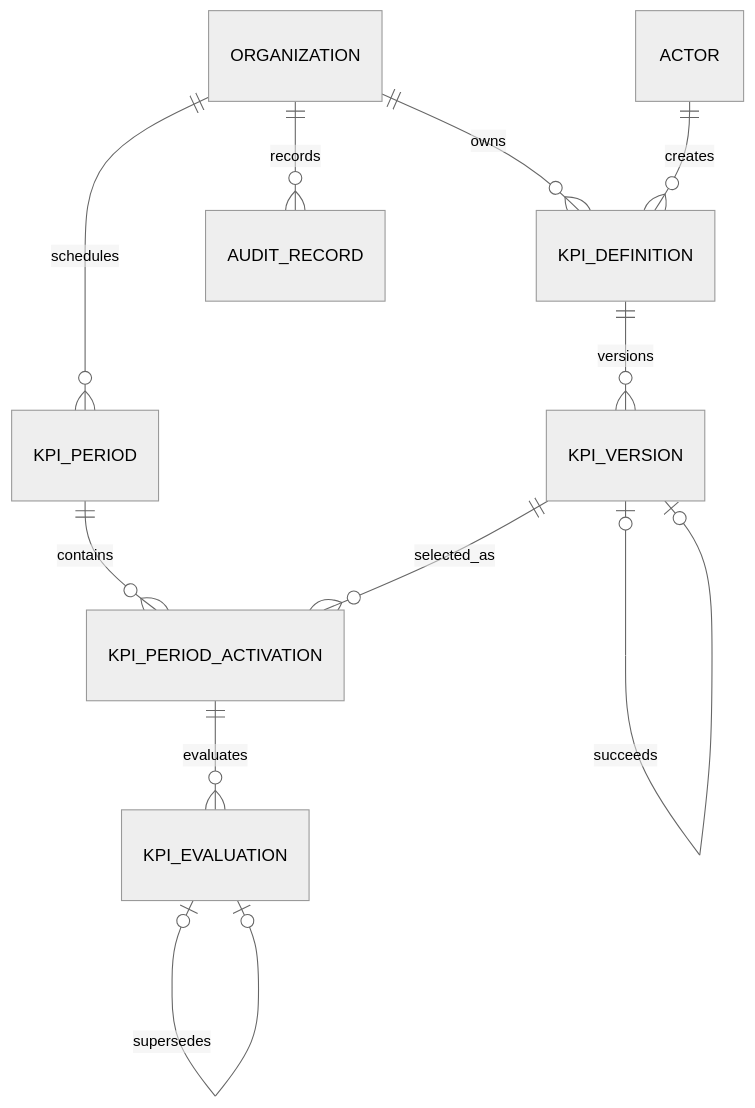
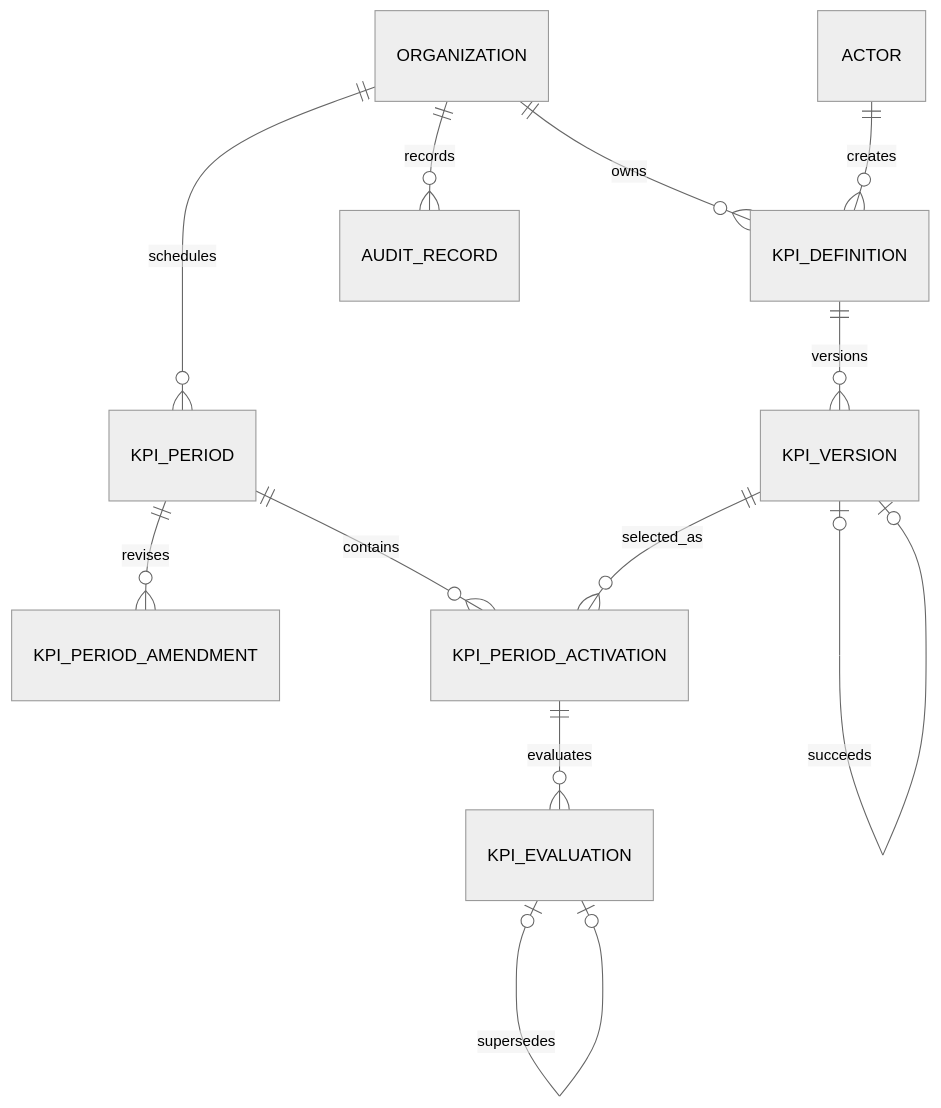
One commit to devphucthinh/Kpis-Thinh changed the second of 2 diagrams in docs/superpowers/specs/2026-08-09-kpi-management-design.md. Above: the diagram before and after it, drawn with Mermaid (neutral theme). The commit also changed other lines of this file and 9 other files, not shown here.

````diff
--- a/docs/superpowers/specs/2026-08-09-kpi-management-design.md
+++ b/docs/superpowers/specs/2026-08-09-kpi-management-design.md
@@ -187,13 +187,14 @@
 ```mermaid
 erDiagram
     ORGANIZATION ||--o{ KPI_DEFINITION : owns
     ACTOR ||--o{ KPI_DEFINITION : creates
     KPI_DEFINITION ||--o{ KPI_VERSION : versions
     KPI_VERSION o|--o| KPI_VERSION : succeeds
     ORGANIZATION ||--o{ KPI_PERIOD : schedules
+    KPI_PERIOD ||--o{ KPI_PERIOD_AMENDMENT : revises
     KPI_PERIOD ||--o{ KPI_PERIOD_ACTIVATION : contains
     KPI_VERSION ||--o{ KPI_PERIOD_ACTIVATION : selected_as
     KPI_PERIOD_ACTIVATION ||--o{ KPI_EVALUATION : evaluates
     KPI_EVALUATION o|--o| KPI_EVALUATION : supersedes
     ORGANIZATION ||--o{ AUDIT_RECORD : records
 ```
````
